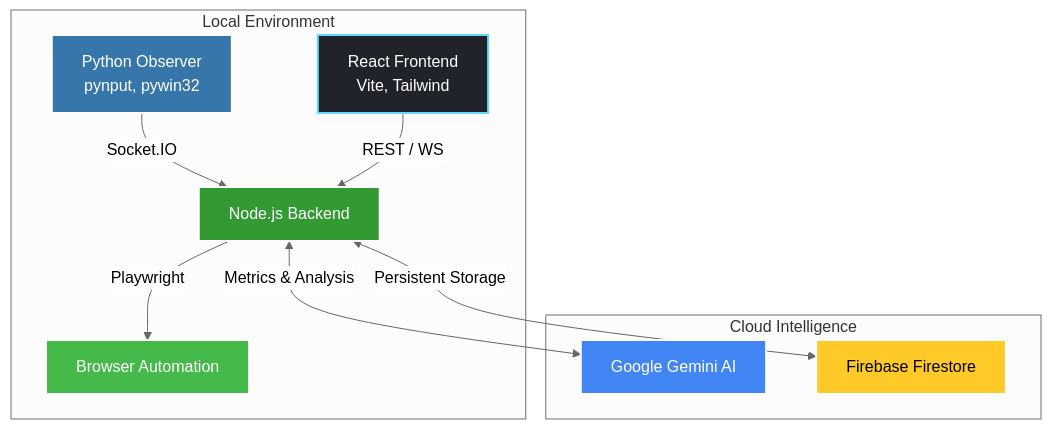
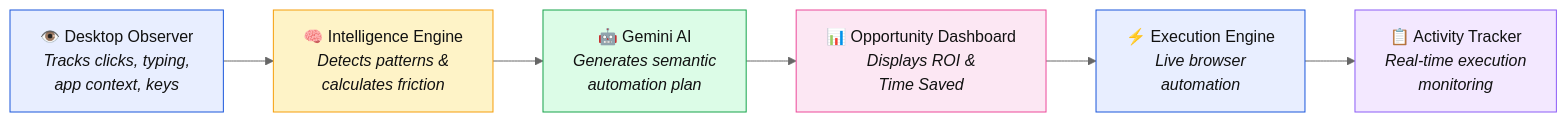
One commit to xRUDRAx0/Trace changed the first of 2 diagrams in README.md. Above: the diagram before and after it, drawn with Mermaid (neutral theme). The commit also changed other lines of this file, not shown here.

````diff
--- a/README.md
+++ b/README.md
@@ -37,20 +87,15 @@
 ```mermaid
-graph TD;
-    subgraph Local Environment
-        O[Python Observer<br>pynput, pywin32] -->|Socket.IO| B[Node.js Backend]
-        F[React Frontend<br>Vite, Tailwind] -->|REST / WS| B
-        B -->|Playwright| E[Browser Automation]
-    end
-    
-    subgraph Cloud Intelligence
-        B <-->|Metrics & Analysis| G[Google Gemini AI]
-        B <-->|Persistent Storage| DB[Firebase Firestore]
-    end
-    
-    style O fill:#3776AB,stroke:#fff,stroke-width:2px,color:#fff
-    style B fill:#339933,stroke:#fff,stroke-width:2px,color:#fff
-    style F fill:#20232A,stroke:#61DAFB,stroke-width:2px,color:#fff
-    style G fill:#4285F4,stroke:#fff,stroke-width:2px,color:#fff
-    style DB fill:#FFCA28,stroke:#fff,stroke-width:2px,color:#000
-    style E fill:#45ba4b,stroke:#fff,stroke-width:2px,color:#fff
+flowchart LR
+    A["👁️ Desktop Observer<br/><i>Tracks clicks, typing,<br/>app context, keys</i>"] --> B["🧠 Intelligence Engine<br/><i>Detects patterns &<br/>calculates friction</i>"]
+    B --> C["🤖 Gemini AI<br/><i>Generates semantic<br/>automation plan</i>"]
+    C --> D["📊 Opportunity Dashboard<br/><i>Displays ROI &<br/>Time Saved</i>"]
+    D --> E["⚡ Execution Engine<br/><i>Live browser<br/>automation</i>"]
+    E --> F["📋 Activity Tracker<br/><i>Real-time execution<br/>monitoring</i>"]
+
+    style A fill:#e8eeff,stroke:#1a56db,color:#111
+    style B fill:#fef3c7,stroke:#f59e0b,color:#111
+    style C fill:#dcfce7,stroke:#16a34a,color:#111
+    style D fill:#fce7f3,stroke:#ec4899,color:#111
+    style E fill:#e8eeff,stroke:#1a56db,color:#111
+    style F fill:#f3e8ff,stroke:#8b5cf6,color:#111
 ```
````
